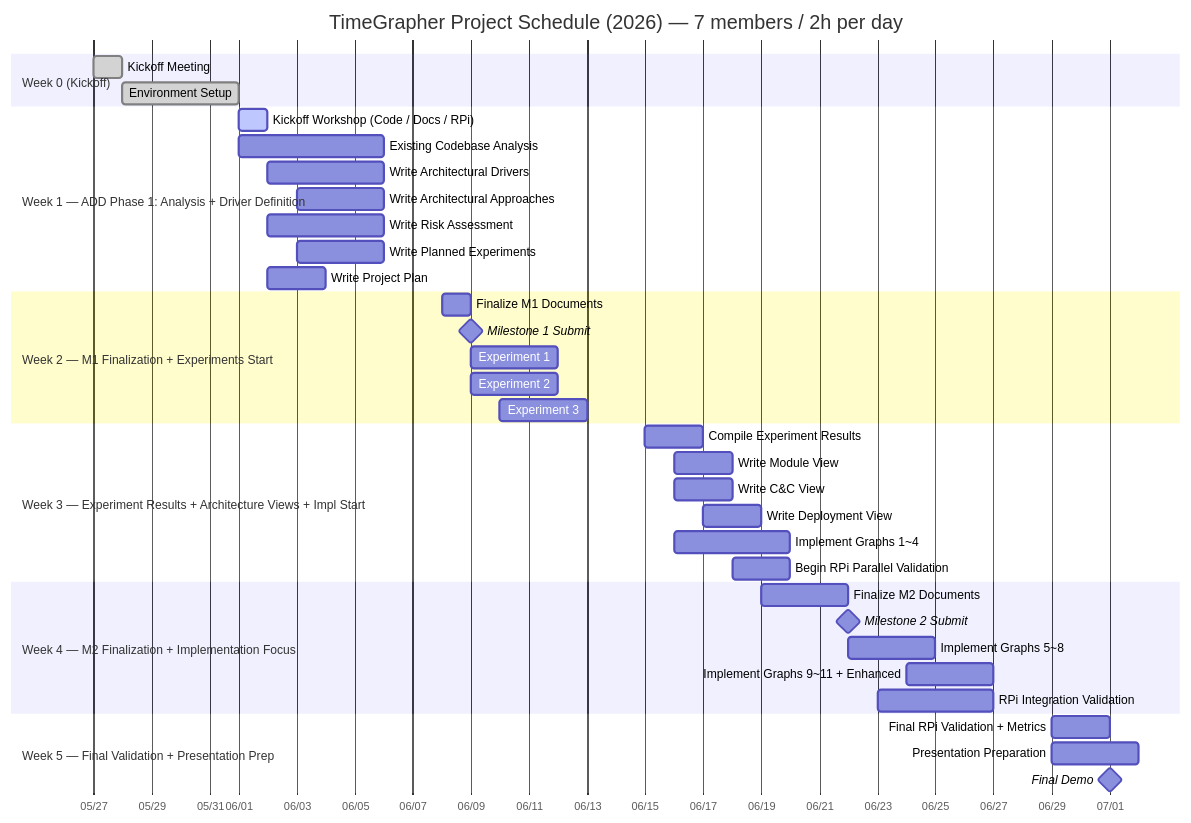
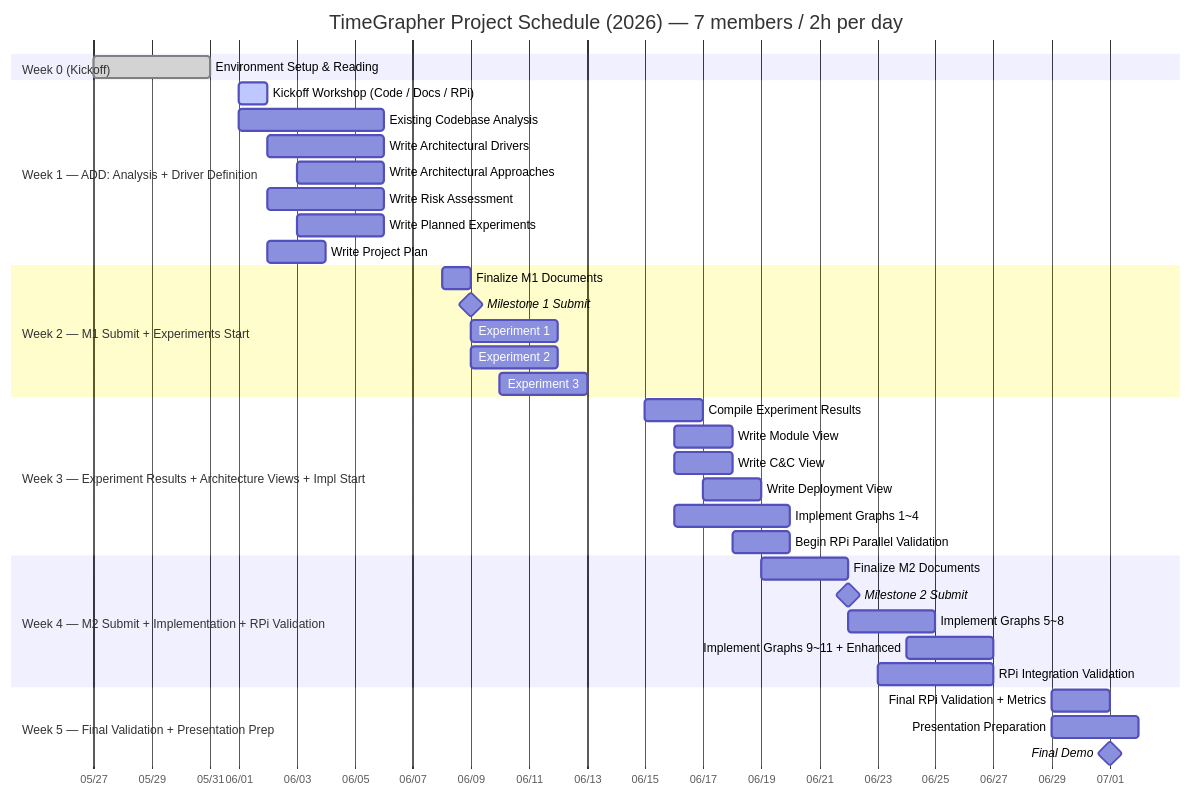
Before and after one commit to Ji-Min-Lee/time-grapher: the diagram in references/project/todo.md, drawn with Mermaid. The commit also changed other lines of this file, not shown here.

````diff
--- a/references/project/todo.md
+++ b/references/project/todo.md
@@ -5,46 +5,45 @@
 ```mermaid
 gantt
     title TimeGrapher Project Schedule (2026) — 7 members / 2h per day
     dateFormat  YYYY-MM-DD
     axisFormat %m/%d
 
     section Week 0 (Kickoff)
-    Kickoff Meeting                        :done,    koff, 2026-05-27, 1d
-    Environment Setup                      :done,    env,  2026-05-28, 4d
+    Environment Setup & Reading           :done,    env,  2026-05-27, 4d
 
-    section Week 1 — ADD Phase 1: Analysis + Driver Definition
-    Kickoff Workshop (Code / Docs / RPi)   :active,  ws,   2026-06-01, 1d
-    Existing Codebase Analysis             :         ca,   2026-06-01, 5d
-    Write Architectural Drivers            :         ad,   2026-06-02, 4d
-    Write Architectural Approaches         :         aa,   2026-06-03, 3d
-    Write Risk Assessment                  :         ra,   2026-06-02, 4d
-    Write Planned Experiments              :         pe,   2026-06-03, 3d
-    Write Project Plan                     :         pp,   2026-06-02, 2d
+    section Week 1 — ADD: Analysis + Driver Definition
+    Kickoff Workshop (Code / Docs / RPi)  :active,  ws,   2026-06-01, 1d
+    Existing Codebase Analysis            :         ca,   2026-06-01, 5d
+    Write Architectural Drivers           :         ad,   2026-06-02, 4d
+    Write Architectural Approaches        :         aa,   2026-06-03, 3d
+    Write Risk Assessment                 :         ra,   2026-06-02, 4d
+    Write Planned Experiments             :         pe,   2026-06-03, 3d
+    Write Project Plan                    :         pp,   2026-06-02, 2d
 
-    section Week 2 — M1 Finalization + Experiments Start
-    Finalize M1 Documents                  :         m1d,  2026-06-08, 1d
-    Milestone 1 Submit                     :milestone, m1, 2026-06-09, 0d
-    Experiment 1: RPi sps Performance      :         ex1,  2026-06-09, 3d
-    Experiment 2: Qt GUI Rendering FPS     :         ex2,  2026-06-09, 3d
-    Experiment 3: T1/T3 Detection Accuracy :         ex3,  2026-06-10, 3d
+    section Week 2 — M1 Submit + Experiments Start
+    Finalize M1 Documents                 :         m1d,  2026-06-08, 1d
+    Milestone 1 Submit                    :milestone, m1, 2026-06-09, 0d
+    Experiment 1: RPi sps Performance     :         ex1,  2026-06-09, 3d
+    Experiment 2: Qt GUI Rendering FPS    :         ex2,  2026-06-09, 3d
+    Experiment 3: T1/T3 Detection Accuracy:         ex3,  2026-06-10, 3d
 
     section Week 3 — Experiment Results + Architecture Views + Impl Start
-    Compile Experiment Results             :         er,   2026-06-15, 2d
-    Write Module View                      :         mv,   2026-06-16, 2d
-    Write C&C View                         :         cv,   2026-06-16, 2d
-    Write Deployment View                  :         dv,   2026-06-17, 2d
-    Implement Graphs 1~4                   :         gi1,  2026-06-16, 4d
-    Begin RPi Parallel Validation          :         rpv1, 2026-06-18, 2d
+    Compile Experiment Results            :         er,   2026-06-15, 2d
+    Write Module View                     :         mv,   2026-06-16, 2d
+    Write C&C View                        :         cv,   2026-06-16, 2d
+    Write Deployment View                 :         dv,   2026-06-17, 2d
+    Implement Graphs 1~4                  :         gi1,  2026-06-16, 4d
+    Begin RPi Parallel Validation         :         rpv1, 2026-06-18, 2d
 
-    section Week 4 — M2 Finalization + Implementation Focus
-    Finalize M2 Documents                  :         m2d,  2026-06-19, 3d
-    Milestone 2 Submit                     :milestone, m2, 2026-06-22, 0d
-    Implement Graphs 5~8                   :         gi2,  2026-06-22, 3d
-    Implement Graphs 9~11 + Enhanced       :         gi3,  2026-06-24, 3d
-    RPi Integration Validation             :         rpv2, 2026-06-23, 4d
+    section Week 4 — M2 Submit + Implementation + RPi Validation
+    Finalize M2 Documents                 :         m2d,  2026-06-19, 3d
+    Milestone 2 Submit                    :milestone, m2, 2026-06-22, 0d
+    Implement Graphs 5~8                  :         gi2,  2026-06-22, 3d
+    Implement Graphs 9~11 + Enhanced      :         gi3,  2026-06-24, 3d
+    RPi Integration Validation            :         rpv2, 2026-06-23, 4d
 
     section Week 5 — Final Validation + Presentation Prep
-    Final RPi Validation + Metrics         :         fv,   2026-06-29, 2d
-    Presentation Preparation               :         pr,   2026-06-29, 3d
-    Final Demo                             :milestone, m3, 2026-07-01, 0d
+    Final RPi Validation + Metrics        :         fv,   2026-06-29, 2d
+    Presentation Preparation              :         pr,   2026-06-29, 3d
+    Final Demo                            :milestone, m3, 2026-07-01, 0d
 ```
````
